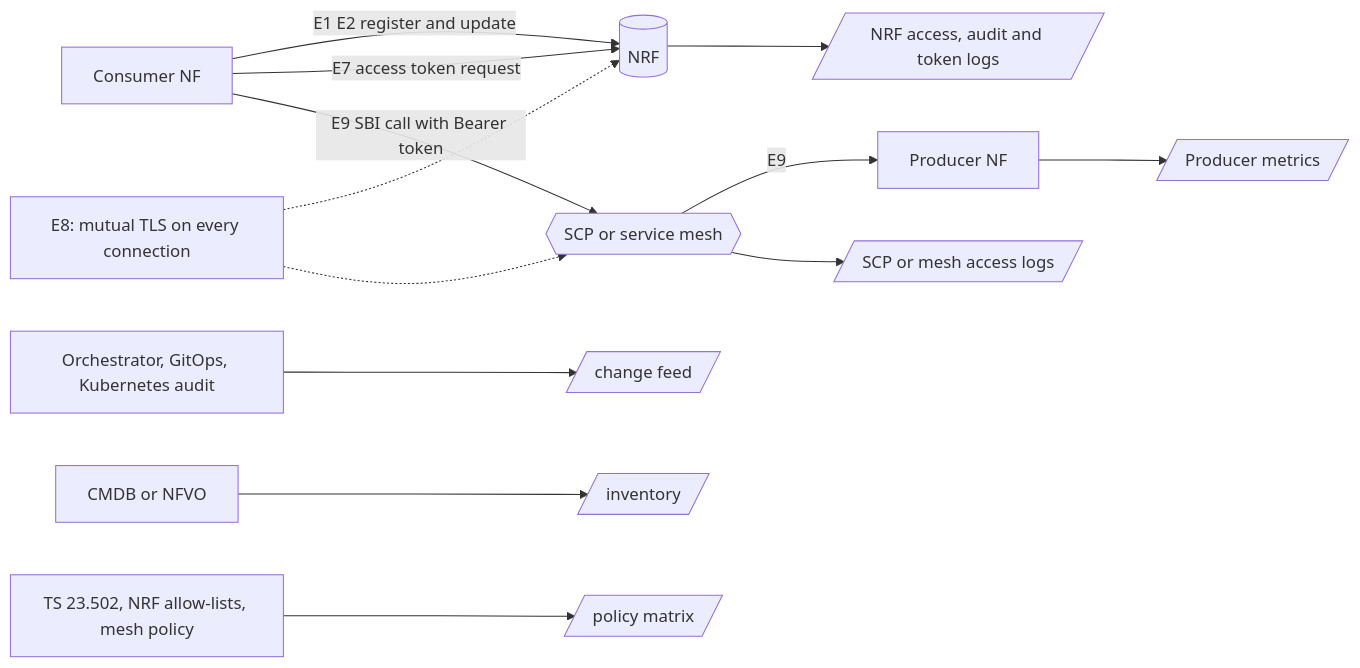
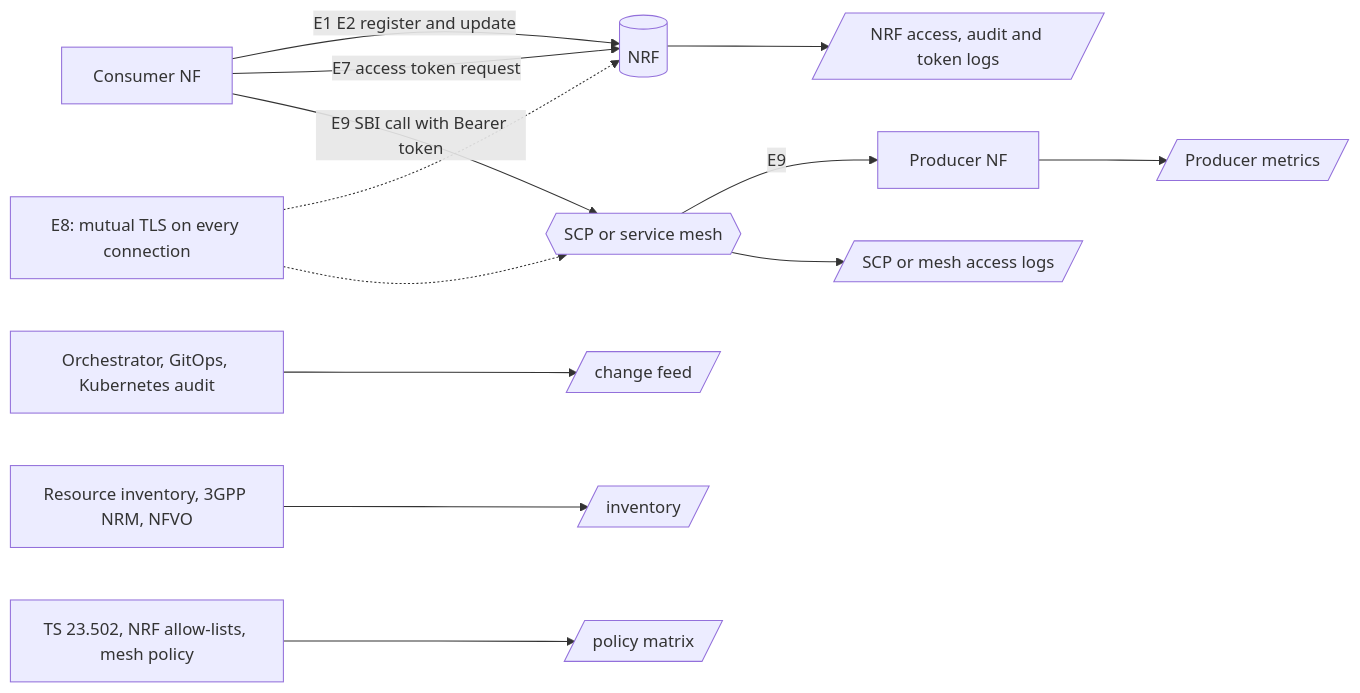
Before and after one commit to mmincarelli00/mlflow-NRF: the third of 3 diagrams in README.md, drawn with Mermaid. The commit also changed other lines of this file and 2 other files, not shown here.

First line of the commit message:
Replace "CMDB" with telco-standard resource inventory terminology

````diff
--- a/README.md
+++ b/README.md
@@ -271,15 +271,15 @@
 ```mermaid
 flowchart LR
     C["Consumer NF"] -->|E1 E2 register and update| NRF[("NRF")]
     C -->|E7 access token request| NRF
     C -->|E9 SBI call with Bearer token| SCP{{"SCP or service mesh"}}
     SCP -->|E9| P["Producer NF"]
     NRF --> L1[/"NRF access, audit and token logs"/]
     SCP --> L2[/"SCP or mesh access logs"/]
     P --> L3[/"Producer metrics"/]
     T["E8: mutual TLS on every connection"] -.-> NRF
     T -.-> SCP
     O["Orchestrator, GitOps, Kubernetes audit"] --> L4[/"change feed"/]
-    D["CMDB or NFVO"] --> L5[/"inventory"/]
+    D["Resource inventory, 3GPP NRM, NFVO"] --> L5[/"inventory"/]
     S["TS 23.502, NRF allow-lists, mesh policy"] --> L6[/"policy matrix"/]
 ```
````
